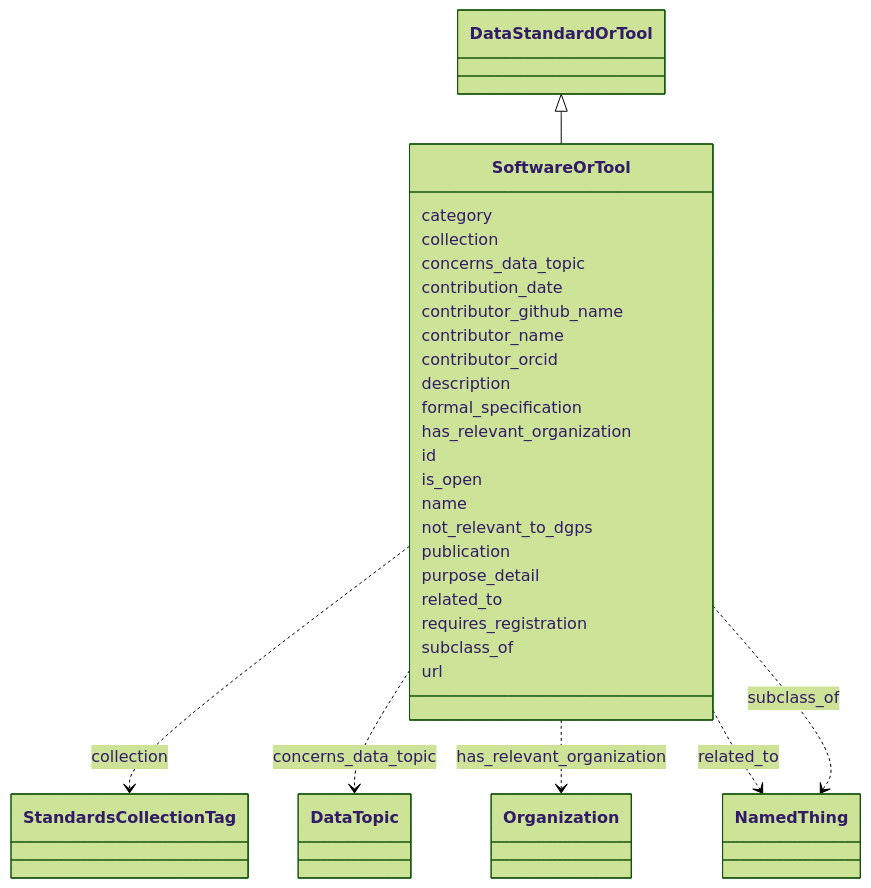
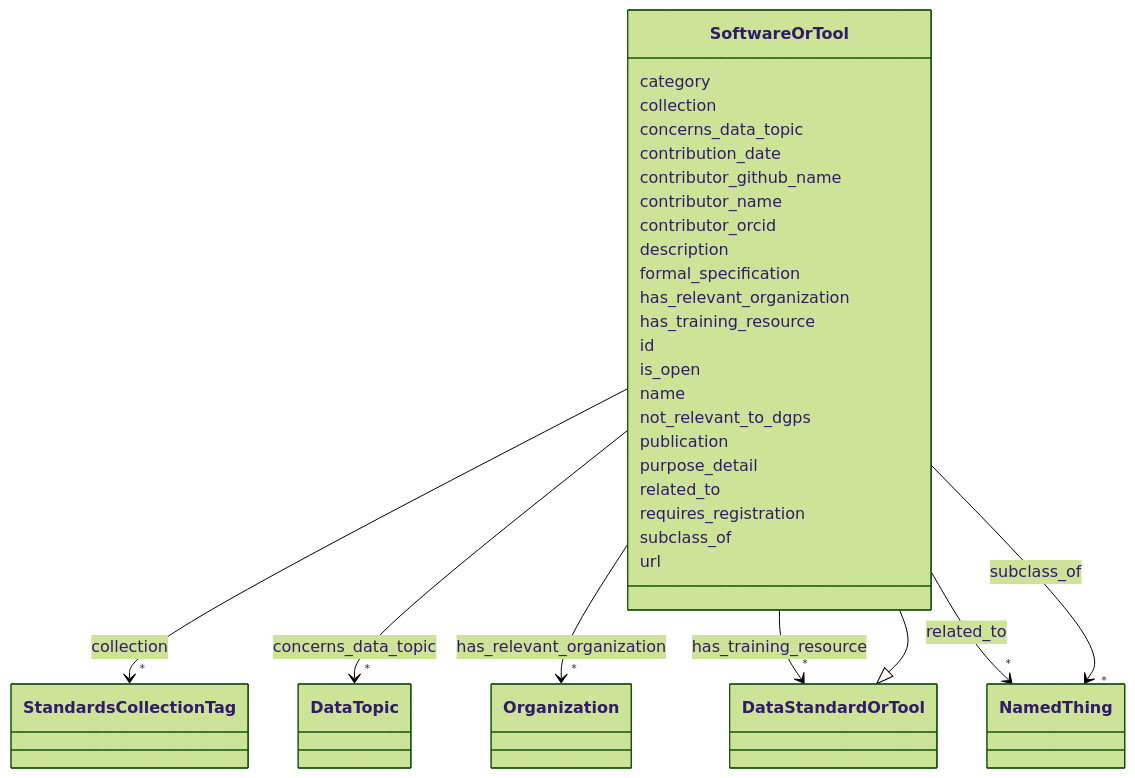
One commit to bridge2ai/standards-schemas changed the diagram in docs/SoftwareOrTool.md. Above: the diagram before and after it, drawn with Mermaid (forest theme). The commit also changed other lines of this file and 212 other files, not shown here.

````diff
--- a/docs/SoftwareOrTool.md
+++ b/docs/SoftwareOrTool.md
@@ -11,17 +19,29 @@
 ```mermaid
  classDiagram
     class SoftwareOrTool
+    click SoftwareOrTool href "../SoftwareOrTool"
       DataStandardOrTool <|-- SoftwareOrTool
+        click DataStandardOrTool href "../DataStandardOrTool"
       
       SoftwareOrTool : category
         
       SoftwareOrTool : collection
         
-          SoftwareOrTool ..> StandardsCollectionTag : collection
+          
+    
+    
+    SoftwareOrTool --> "*" StandardsCollectionTag : collection
+    click StandardsCollectionTag href "../StandardsCollectionTag"
+
         
       SoftwareOrTool : concerns_data_topic
         
-          SoftwareOrTool ..> DataTopic : concerns_data_topic
+          
+    
+    
+    SoftwareOrTool --> "*" DataTopic : concerns_data_topic
+    click DataTopic href "../DataTopic"
+
         
       SoftwareOrTool : contribution_date
         
@@ -37,7 +57,21 @@
         
       SoftwareOrTool : has_relevant_organization
         
-          SoftwareOrTool ..> Organization : has_relevant_organization
+          
+    
+    
+    SoftwareOrTool --> "*" Organization : has_relevant_organization
+    click Organization href "../Organization"
+
+        
+      SoftwareOrTool : has_training_resource
+        
+          
+    
+    
+    SoftwareOrTool --> "*" DataStandardOrTool : has_training_resource
+    click DataStandardOrTool href "../DataStandardOrTool"
+
         
       SoftwareOrTool : id
         
@@ -53,13 +87,23 @@
         
       SoftwareOrTool : related_to
         
-          SoftwareOrTool ..> NamedThing : related_to
+          
+    
+    
+    SoftwareOrTool --> "*" NamedThing : related_to
+    click NamedThing href "../NamedThing"
+
         
       SoftwareOrTool : requires_registration
         
       SoftwareOrTool : subclass_of
         
-          SoftwareOrTool ..> NamedThing : subclass_of
+          
+    
+    
+    SoftwareOrTool --> "*" NamedThing : subclass_of
+    click NamedThing href "../NamedThing"
+
         
       SoftwareOrTool : url
         
````
